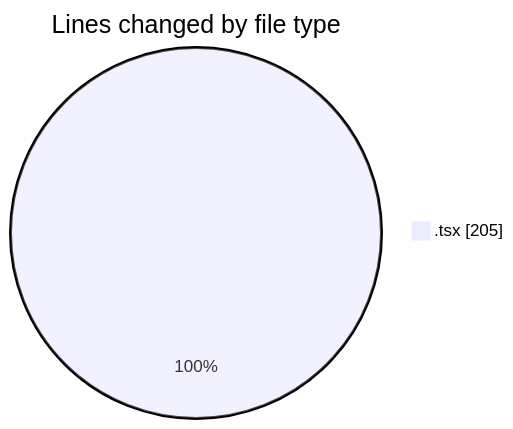
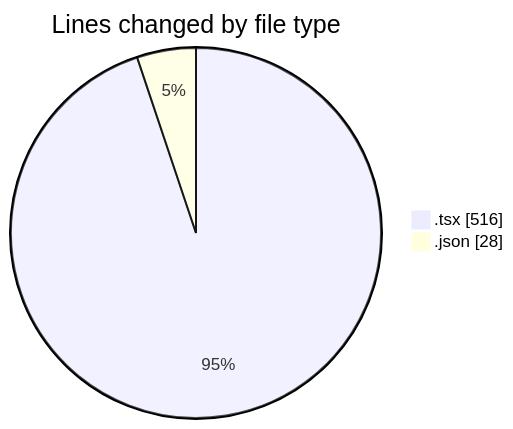
Before and after one commit to Elitesun/code-tracking: the first of 2 diagrams in 2025-05-27/ecom_store/README.md, drawn with Mermaid. The commit also changed other lines of this file and 1 other file, not shown here.

````diff
--- a/2025-05-27/ecom_store/README.md
+++ b/2025-05-27/ecom_store/README.md
@@ -20,5 +25,6 @@
 ```mermaid
 pie showData
 title Lines changed by file type
-".tsx" : 205
+".tsx" : 516
+".json" : 28
 ```
````
